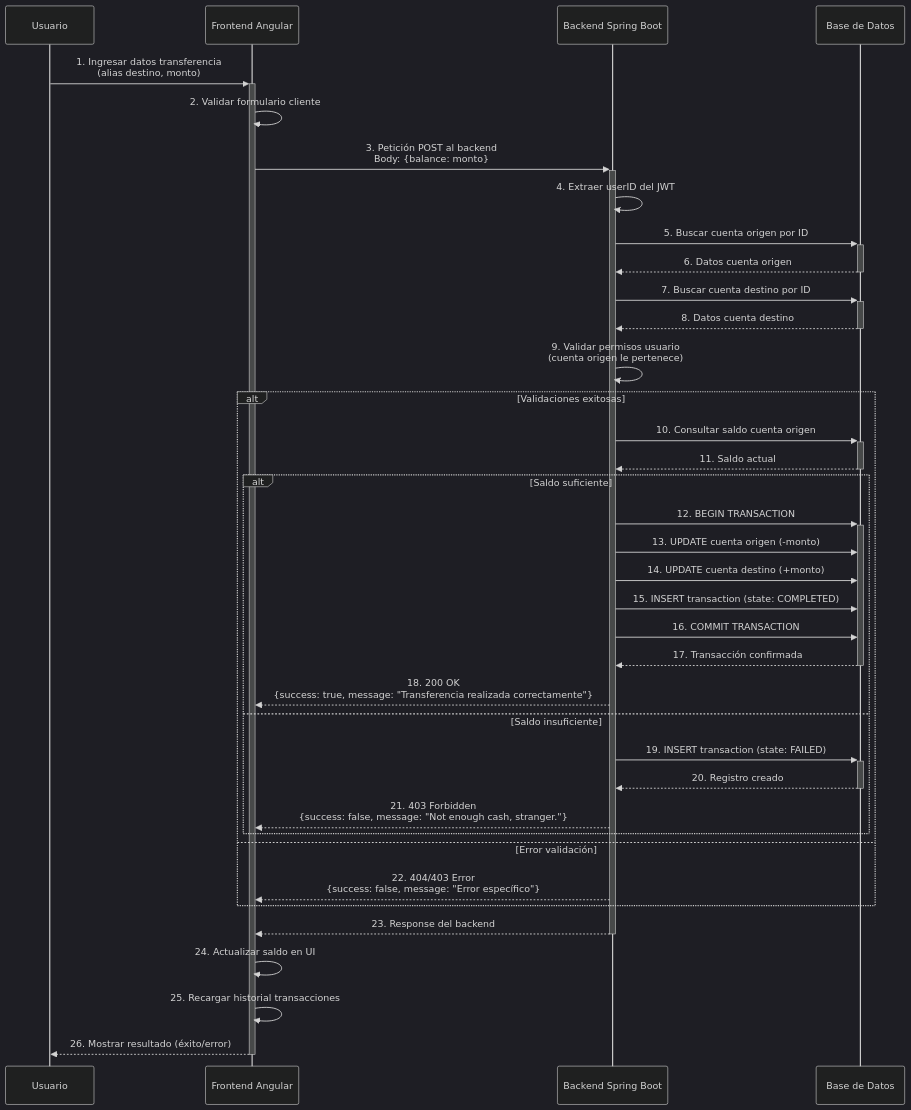
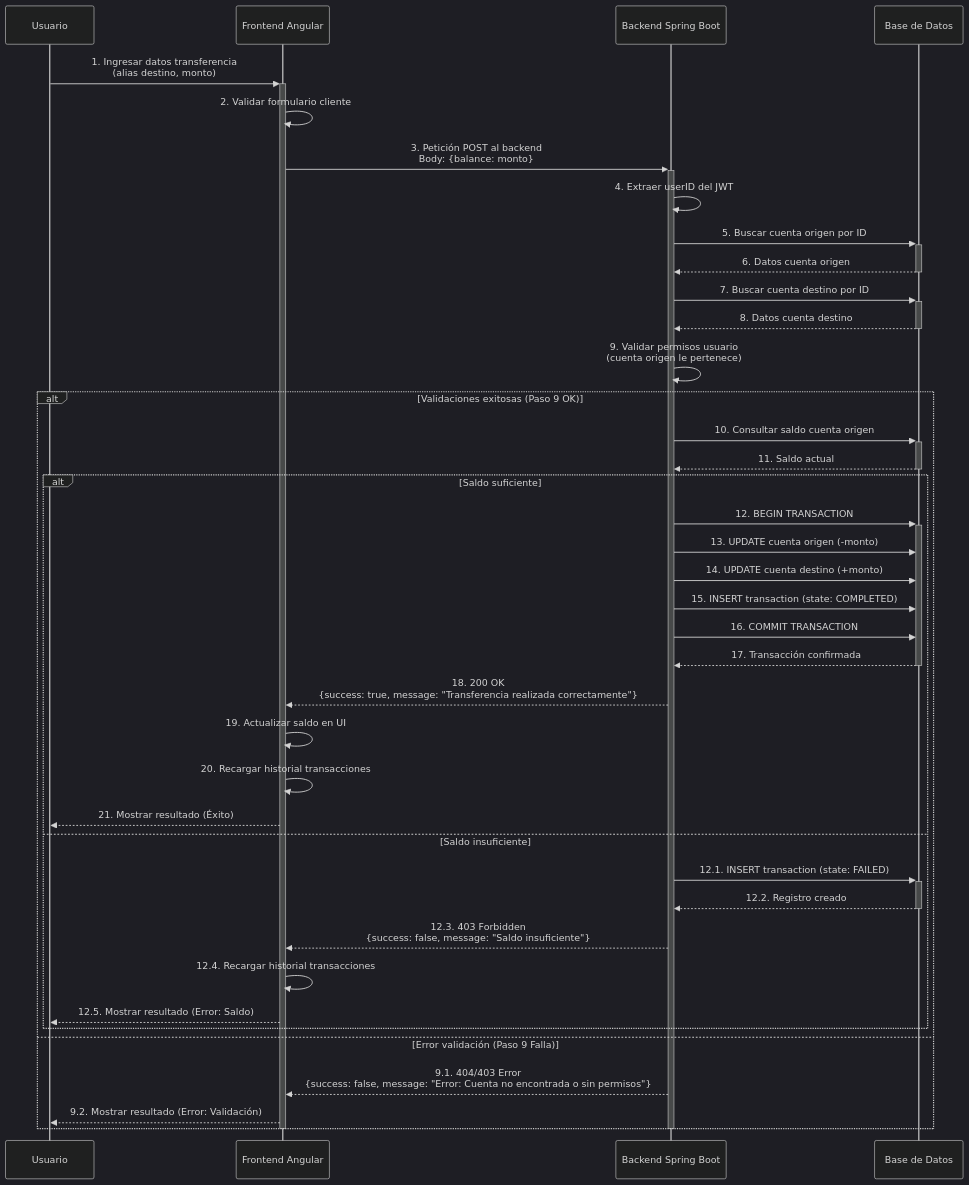
The second of 5 diagrams in arquitectura/UML-Diagramas.md (INizetich/ArCash-Angular), drawn with Mermaid (dark theme) before and after one commit. The commit also changed other lines of this file and 4 other files, not shown here.

````diff
--- a/arquitectura/UML-Diagramas.md
+++ b/arquitectura/UML-Diagramas.md
@@ -119,52 +114,57 @@
 ```mermaid
 sequenceDiagram
     participant U as Usuario
     participant F as Frontend Angular
     participant B as Backend Spring Boot
     participant DB as Base de Datos
     
     
     U->>+F: 1. Ingresar datos transferencia<br/>(alias destino, monto)
     F->>F: 2. Validar formulario cliente
     
-   
-    
     F->>+B: 3. Petición POST al backend<br/>Body: {balance: monto}
     B->>B: 4. Extraer userID del JWT
     B->>+DB: 5. Buscar cuenta origen por ID
     DB-->>-B: 6. Datos cuenta origen
     
-    B->>+DB: 7. Buscar cuenta destino por ID  
+    B->>+DB: 7. Buscar cuenta destino por ID 
     DB-->>-B: 8. Datos cuenta destino
     
     B->>B: 9. Validar permisos usuario<br/>(cuenta origen le pertenece)
     
     
-    alt Validaciones exitosas
+    alt Validaciones exitosas (Paso 9 OK)
         B->>+DB: 10. Consultar saldo cuenta origen
         DB-->>-B: 11. Saldo actual
         
         alt Saldo suficiente
             B->>+DB: 12. BEGIN TRANSACTION
             B->>DB: 13. UPDATE cuenta origen (-monto)
             B->>DB: 14. UPDATE cuenta destino (+monto)
             B->>DB: 15. INSERT transaction (state: COMPLETED)
             B->>DB: 16. COMMIT TRANSACTION
             DB-->>-B: 17. Transacción confirmada
             
-            B-->>F: 18. 200 OK<br/>{success: true, message: "Transferencia realizada correctamente"}
+            B-->>F: 18. 200 OK<br/>{success: true, message: "Transferencia realizada correctamente"} 
+            F->>F: 19. Actualizar saldo en UI
+            F->>F: 20. Recargar historial transacciones
+            F-->>U: 21. Mostrar resultado (Éxito)  
+            
         else Saldo insuficiente
-            B->>+DB: 19. INSERT transaction (state: FAILED)
-            DB-->>-B: 20. Registro creado
-            B-->>F: 21. 403 Forbidden<br/>{success: false, message: "Not enough cash, stranger."}
+            B->>+DB: 12.1. INSERT transaction (state: FAILED)
+            DB-->>-B: 12.2. Registro creado
+            B-->>F: 12.3. 403 Forbidden<br/>{success: false, message: "Saldo insuficiente"} 
+            F->>F: 12.4. Recargar historial transacciones
+            F-->>U: 12.5. Mostrar resultado (Error: Saldo) 
         end
-    else Error validación
-        B-->>F: 22. 404/403 Error<br/>{success: false, message: "Error específico"}
+        
+    else Error validación (Paso 9 Falla)
+        B-->>F: 9.1. 404/403 Error<br/>{success: false, message: "Error: Cuenta no encontrada o sin permisos"} 
+        F-->>U: 9.2. Mostrar resultado (Error: Validación)  
     end
     
     
-    B-->>-F: 23. Response del backend
-    F->>F: 24. Actualizar saldo en UI
-    F->>F: 25. Recargar historial transacciones
-    F-->>-U: 26. Mostrar resultado (éxito/error)
+    deactivate B
+    deactivate F
+   
 ```
````
